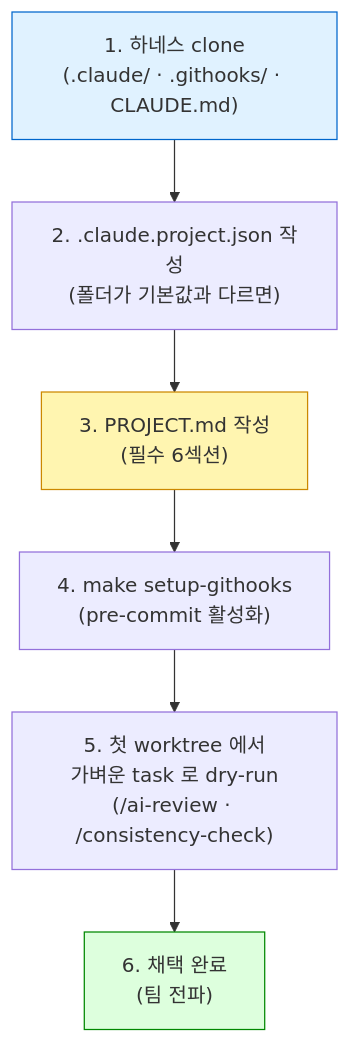
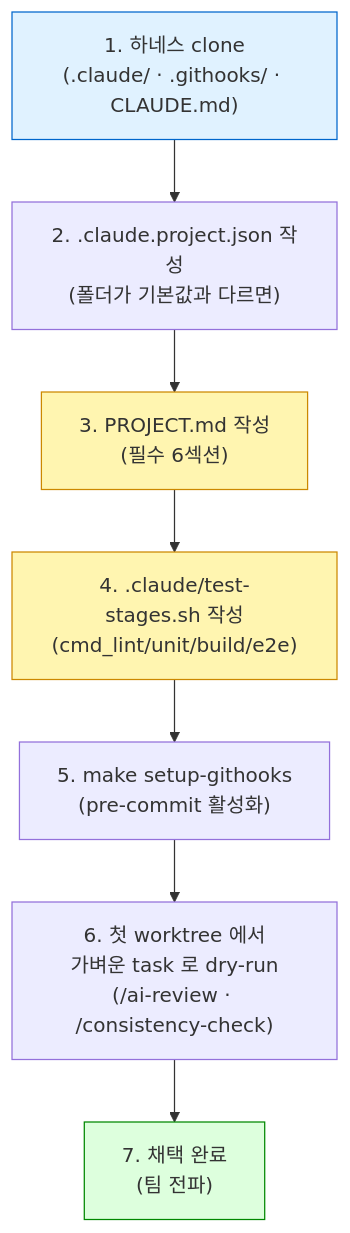
One commit to worker-ants/claude-code-harness changed the eighth of 8 diagrams in OVERVIEW.md. Above: the diagram before and after it, drawn with Mermaid. The commit also changed other lines of this file and 45 other files, not shown here.

````diff
--- a/OVERVIEW.md
+++ b/OVERVIEW.md
@@ -675,12 +747,14 @@
 ```mermaid
 flowchart TD
     A["1. 하네스 clone<br/>(.claude/ · .githooks/ · CLAUDE.md)"] --> B["2. .claude.project.json 작성<br/>(폴더가 기본값과 다르면)"]
     B --> C["3. PROJECT.md 작성<br/>(필수 6섹션)"]
-    C --> D["4. make setup-githooks<br/>(pre-commit 활성화)"]
-    D --> E["5. 첫 worktree 에서<br/>가벼운 task 로 dry-run<br/>(/ai-review · /consistency-check)"]
-    E --> F["6. 채택 완료<br/>(팀 전파)"]
+    C --> C2["4. .claude/test-stages.sh 작성<br/>(cmd_lint/unit/build/e2e)"]
+    C2 --> D["5. make setup-githooks<br/>(pre-commit 활성화)"]
+    D --> E["6. 첫 worktree 에서<br/>가벼운 task 로 dry-run<br/>(/ai-review · /consistency-check)"]
+    E --> F["7. 채택 완료<br/>(팀 전파)"]
 
     style A fill:#e0f2ff,stroke:#06c
     style C fill:#fff5b0,stroke:#c80
+    style C2 fill:#fff5b0,stroke:#c80
     style F fill:#dfd,stroke:#080
 ```
````
